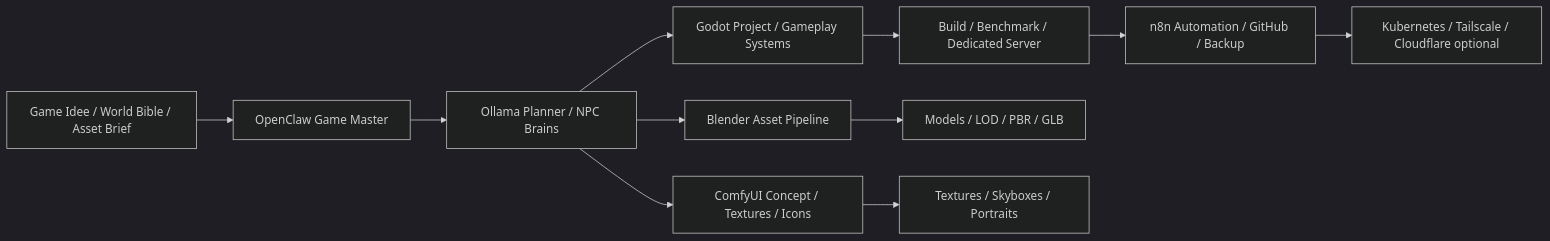
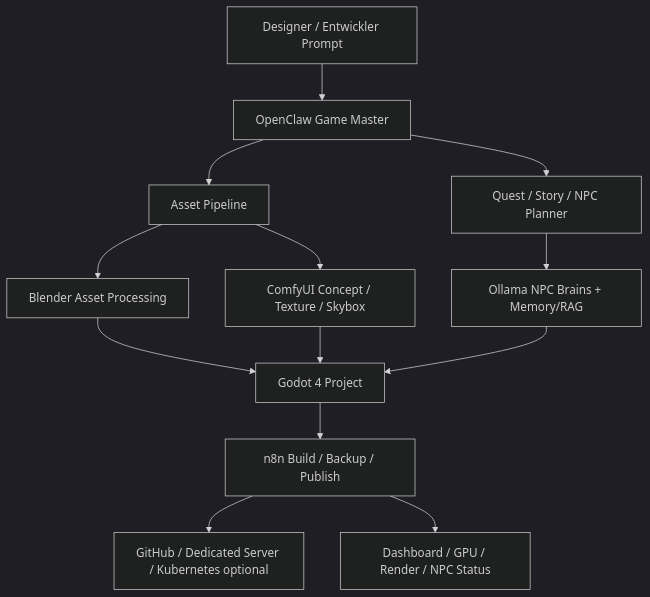
One commit to dwhr-pi/VPS-_Kubernate-_Ollama_OpenClaw_installation changed the diagram in docs/Profile/GameDev_3D_Studio.md. Above: the diagram before and after it, drawn with Mermaid (dark theme). The commit also changed other lines of this file and 128 other files, not shown here.

````diff
--- a/docs/Profile/GameDev_3D_Studio.md
+++ b/docs/Profile/GameDev_3D_Studio.md
@@ -7,13 +20,15 @@
 ```mermaid
-flowchart LR
-  A["Game Idee / World Bible / Asset Brief"] --> B["OpenClaw Game Master"]
-  B --> C["Ollama Planner / NPC Brains"]
-  C --> D["Godot Project / Gameplay Systems"]
-  C --> E["Blender Asset Pipeline"]
-  C --> F["ComfyUI Concept / Textures / Icons"]
-  D --> G["Build / Benchmark / Dedicated Server"]
-  E --> H["Models / LOD / PBR / GLB"]
-  F --> I["Textures / Skyboxes / Portraits"]
-  G --> J["n8n Automation / GitHub / Backup"]
-  J --> K["Kubernetes / Tailscale / Cloudflare optional"]
+flowchart TD
+    A["Designer / Entwickler Prompt"] --> B["OpenClaw Game Master"]
+    B --> C["Quest / Story / NPC Planner"]
+    B --> D["Asset Pipeline"]
+    C --> E["Ollama NPC Brains + Memory/RAG"]
+    D --> F["ComfyUI Concept / Texture / Skybox"]
+    D --> G["Blender Asset Processing"]
+    G --> H["Godot 4 Project"]
+    F --> H
+    E --> H
+    H --> I["n8n Build / Backup / Publish"]
+    I --> J["GitHub / Dedicated Server / Kubernetes optional"]
+    I --> K["Dashboard / GPU / Render / NPC Status"]
 ```
````
